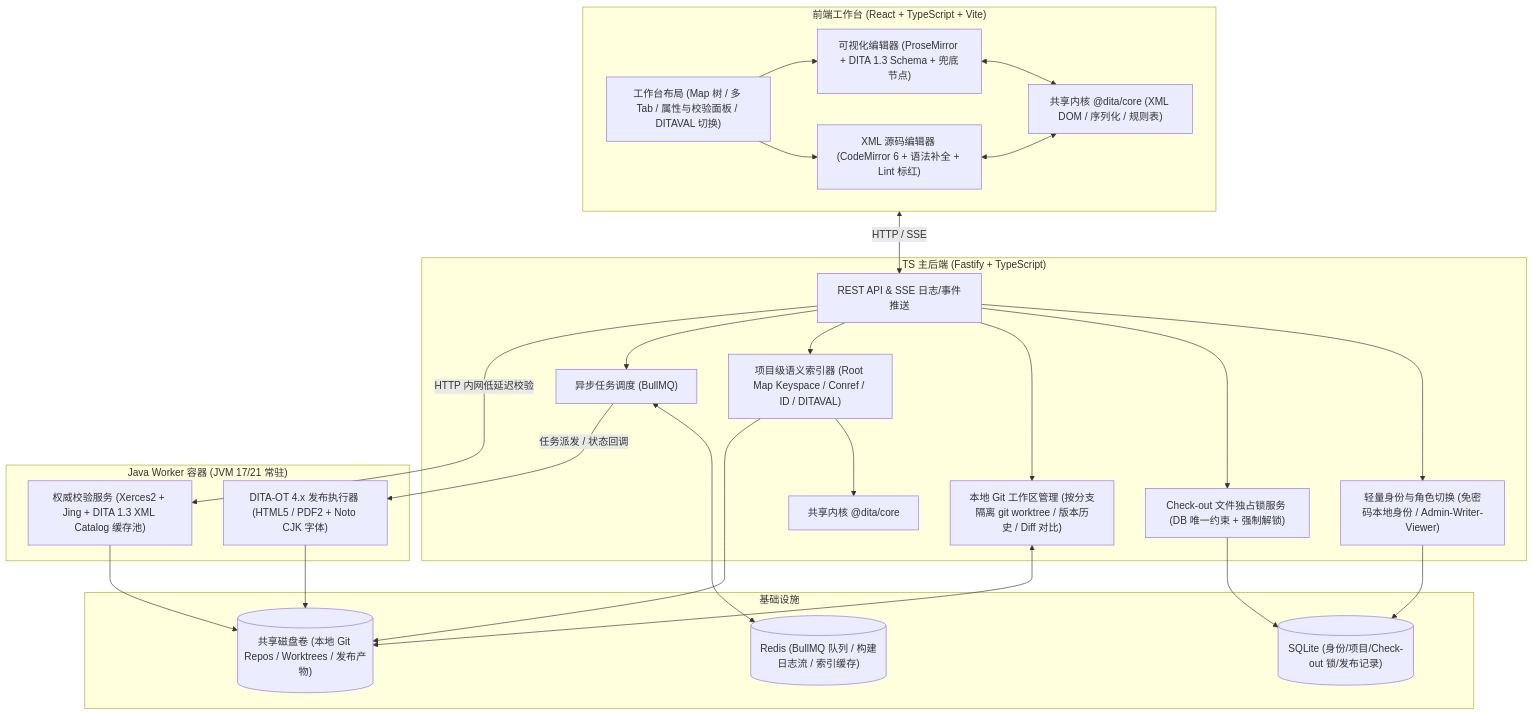
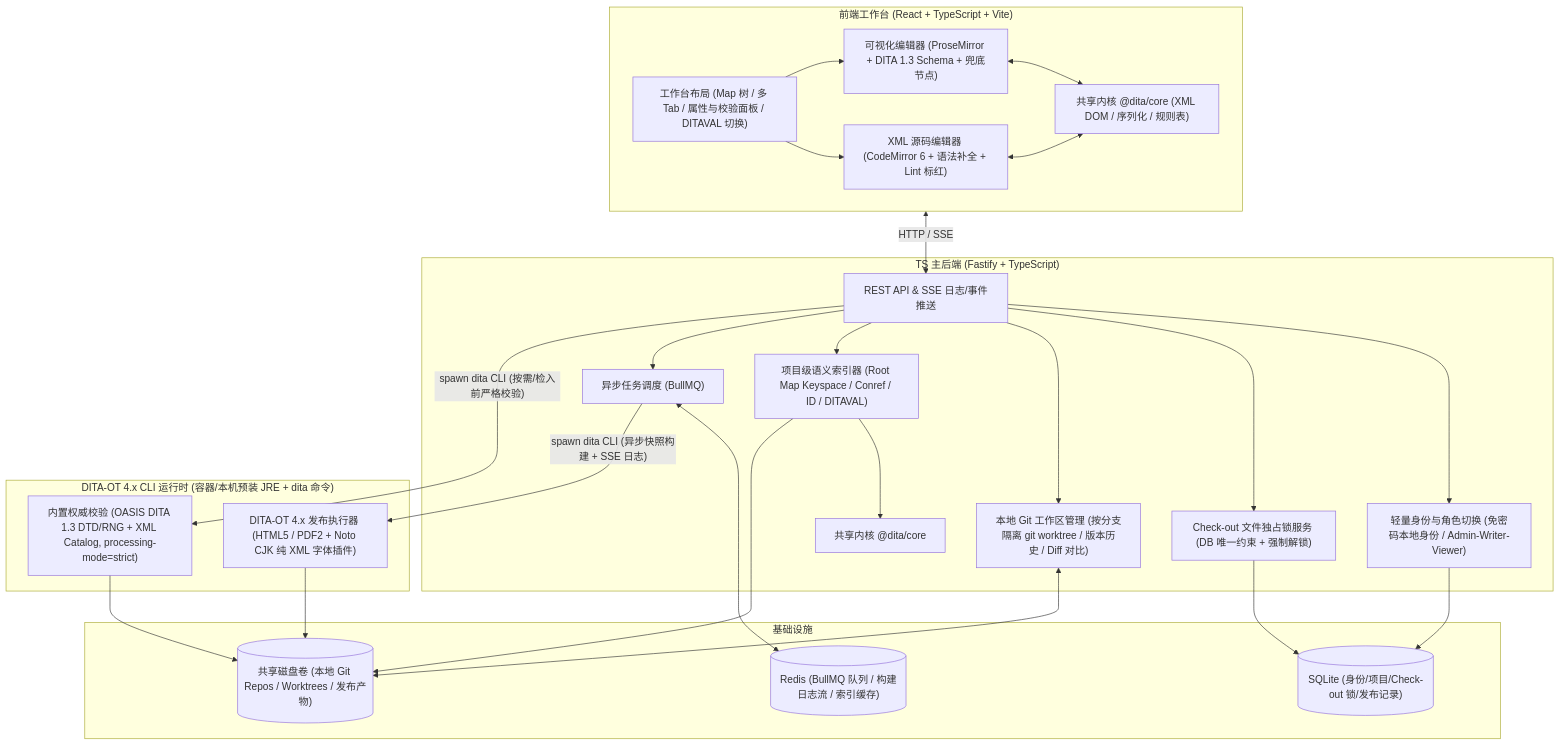
The first of 2 diagrams in docs/architecture-and-plan.md (Ericfeng84/DITAEditor), drawn with Mermaid before and after one commit. The commit also changed other lines of this file and 61 other files, not shown here.

````diff
--- a/docs/architecture-and-plan.md
+++ b/docs/architecture-and-plan.md
@@ -30,51 +30,51 @@
 ```mermaid
 flowchart TB
     subgraph Client["前端工作台 (React + TypeScript + Vite)"]
         UI["工作台布局 (Map 树 / 多 Tab / 属性与校验面板 / DITAVAL 切换)"]
         PM["可视化编辑器 (ProseMirror + DITA 1.3 Schema + 兜底节点)"]
         CM["XML 源码编辑器 (CodeMirror 6 + 语法补全 + Lint 标红)"]
         CoreFE["共享内核 @dita/core (XML DOM / 序列化 / 规则表)"]
         UI --> PM
         UI --> CM
         PM <--> CoreFE
         CM <--> CoreFE
     end
 
     subgraph Server["TS 主后端 (Fastify + TypeScript)"]
         API["REST API & SSE 日志/事件推送"]
         Auth["轻量身份与角色切换 (免密码本地身份 / Admin-Writer-Viewer)"]
         Lock["Check-out 文件独占锁服务 (DB 唯一约束 + 强制解锁)"]
         GitMgr["本地 Git 工作区管理 (按分支隔离 git worktree / 版本历史 / Diff 对比)"]
         Indexer["项目级语义索引器 (Root Map Keyspace / Conref / ID / DITAVAL)"]
         Queue["异步任务调度 (BullMQ)"]
         CoreBE["共享内核 @dita/core"]
         API --> Auth
         API --> Lock
         API --> GitMgr
         API --> Indexer
         API --> Queue
         Indexer --> CoreBE
     end
 
-    subgraph JavaWorker["Java Worker 容器 (JVM 17/21 常驻)"]
-        ValSvc["权威校验服务 (Xerces2 + Jing + DITA 1.3 XML Catalog 缓存池)"]
-        PubSvc["DITA-OT 4.x 发布执行器 (HTML5 / PDF2 + Noto CJK 字体)"]
+    subgraph DitaCLI["DITA-OT 4.x CLI 运行时 (容器/本机预装 JRE + dita 命令)"]
+        ValSvc["内置权威校验 (OASIS DITA 1.3 DTD/RNG + XML Catalog, processing-mode=strict)"]
+        PubSvc["DITA-OT 4.x 发布执行器 (HTML5 / PDF2 + Noto CJK 纯 XML 字体插件)"]
     end
 
     subgraph Infra["基础设施"]
         DB[("SQLite (身份/项目/Check-out 锁/发布记录)")]
         Redis[("Redis (BullMQ 队列 / 构建日志流 / 索引缓存)")]
         FS[("共享磁盘卷 (本地 Git Repos / Worktrees / 发布产物)")]
     end
 
     Client <-->|"HTTP / SSE"| API
     Lock --> DB
     Auth --> DB
     Queue <--> Redis
     GitMgr <--> FS
     Indexer --> FS
-    API -->|"HTTP 内网低延迟校验"| ValSvc
-    Queue -->|"任务派发 / 状态回调"| PubSvc
+    API -->|"spawn dita CLI (按需/检入前严格校验)"| ValSvc
+    Queue -->|"spawn dita CLI (异步快照构建 + SSE 日志)"| PubSvc
     ValSvc --> FS
     PubSvc --> FS
 ```
````
